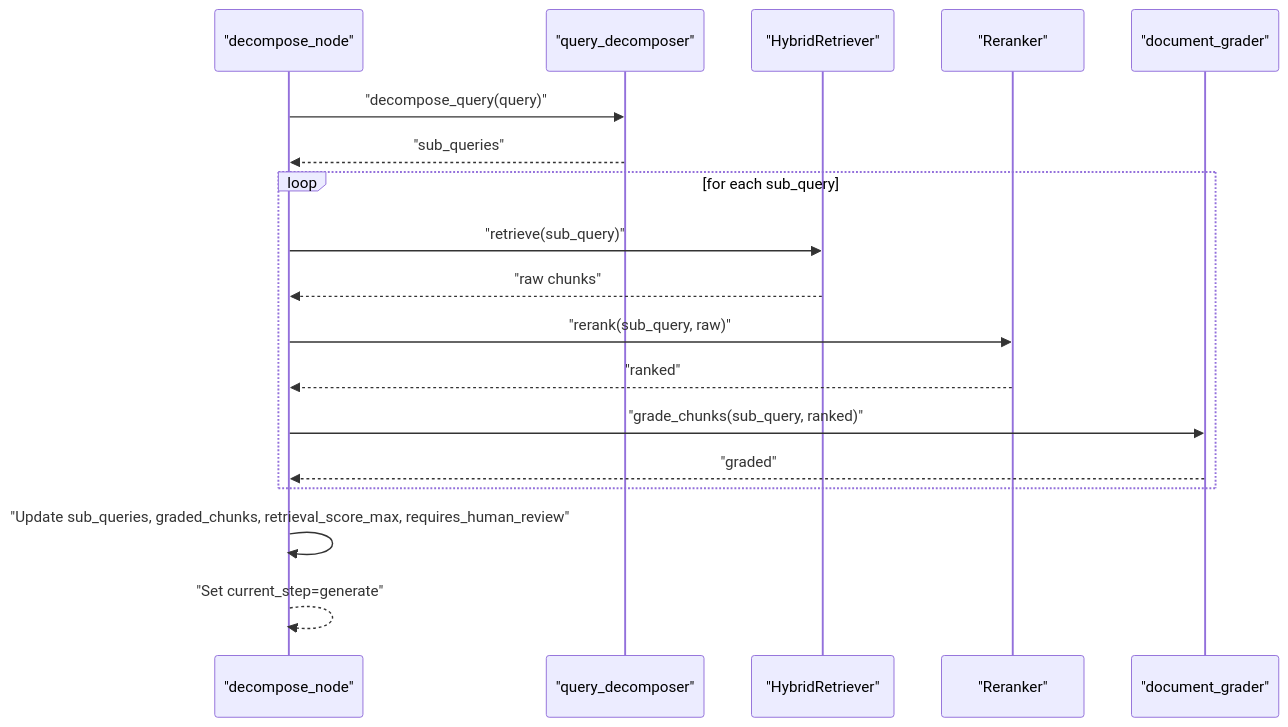
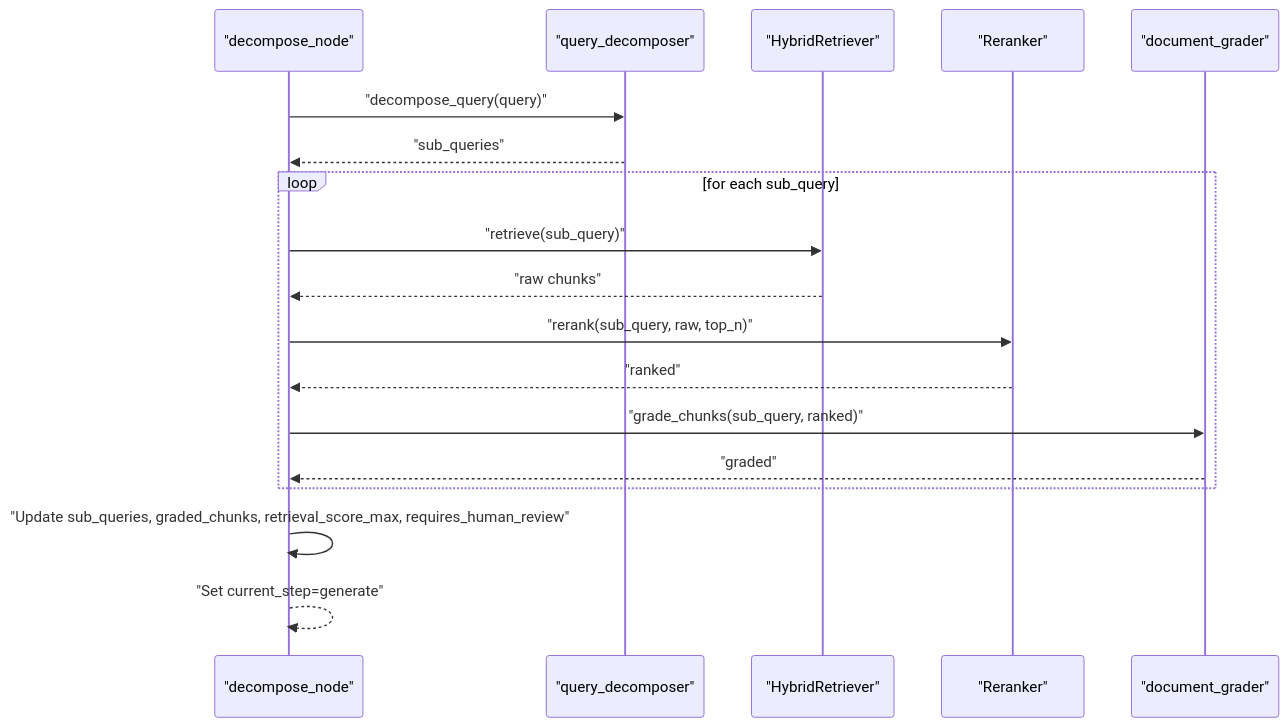
Before and after one commit to genes8/private-ai: the ninth of 15 diagrams in .qoder/repowiki/en/content/AI Agent Pipeline/LangGraph State Machine.md, drawn with Mermaid. The commit also changed other lines of this file and 101 other files, not shown here.

````diff
--- a/.qoder/repowiki/en/content/AI Agent Pipeline/LangGraph State Machine.md
+++ b/.qoder/repowiki/en/content/AI Agent Pipeline/LangGraph State Machine.md
@@ -393,20 +394,20 @@
 ```mermaid
 sequenceDiagram
 participant N as "decompose_node"
 participant D as "query_decomposer"
 participant R as "HybridRetriever"
 participant X as "Reranker"
 participant G as "document_grader"
 N->>D : "decompose_query(query)"
 D-->>N : "sub_queries"
 loop for each sub_query
 N->>R : "retrieve(sub_query)"
 R-->>N : "raw chunks"
-N->>X : "rerank(sub_query, raw)"
+N->>X : "rerank(sub_query, raw, top_n)"
 X-->>N : "ranked"
 N->>G : "grade_chunks(sub_query, ranked)"
 G-->>N : "graded"
 end
 N->>N : "Update sub_queries, graded_chunks, retrieval_score_max, requires_human_review"
 N-->>N : "Set current_step=generate"
 ```
````
